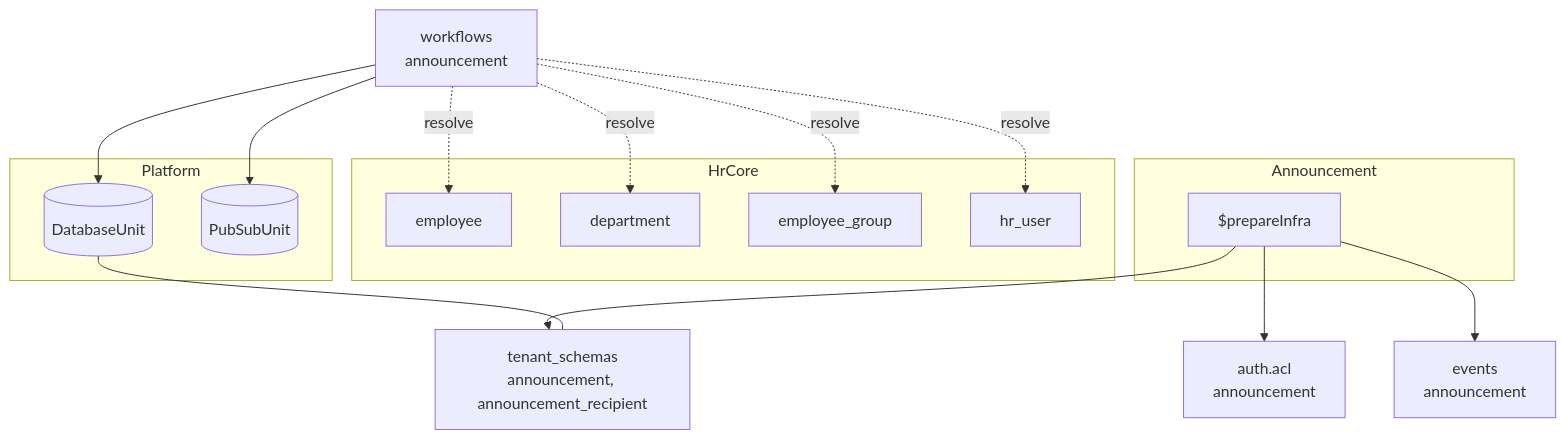
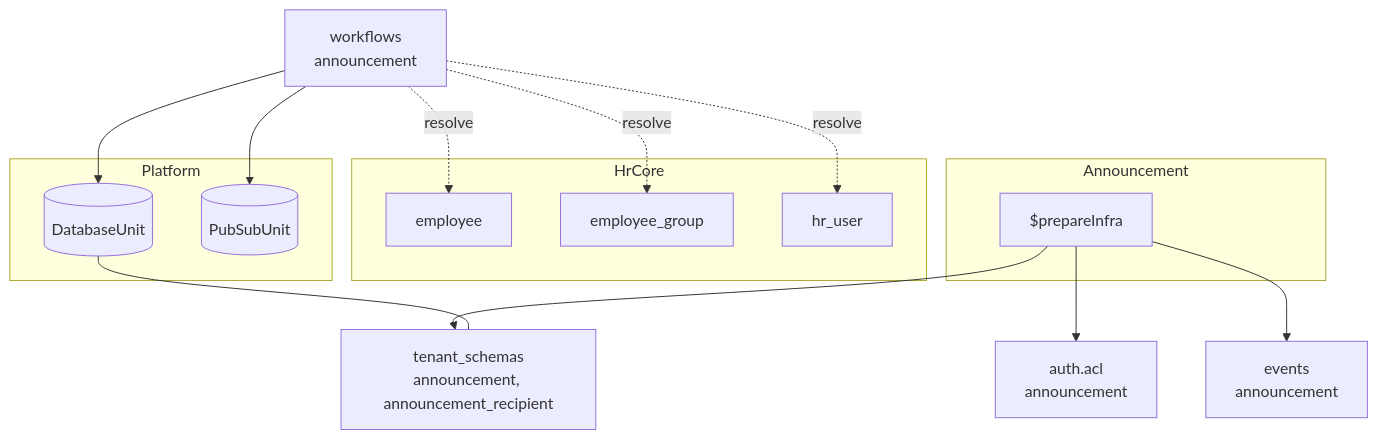
Before and after one commit to AdityaBorkar/aspen-os: the first of 2 diagrams in packages/announcement/docs/overview.mdx, drawn with Mermaid. The commit also changed other lines of this file and 6 other files, not shown here.

````diff
--- a/packages/announcement/docs/overview.mdx
+++ b/packages/announcement/docs/overview.mdx
@@ -42,30 +42,28 @@
 ```mermaid
 flowchart TB
   subgraph platform[Platform]
     DB[(DatabaseUnit)]
     PS[(PubSubUnit)]
   end
 
   subgraph hrCore[HrCore]
     EMP[employee]
-    DEPT[department]
     GRP[employee_group]
     HRU[hr_user]
   end
 
   subgraph announcement[Announcement]
     PI[$prepareInfra]
   end
 
   PI --> ACL[auth.acl\nannouncement]
   PI --> TS[tenant_schemas\nannouncement, announcement_recipient]
   PI --> EV[events\nannouncement]
 
   WF[workflows\nannouncement] --> DB
   WF --> PS
   WF -. resolve .-> EMP
-  WF -. resolve .-> DEPT
   WF -. resolve .-> GRP
   WF -. resolve .-> HRU
   DB --- TS
 ```
````
